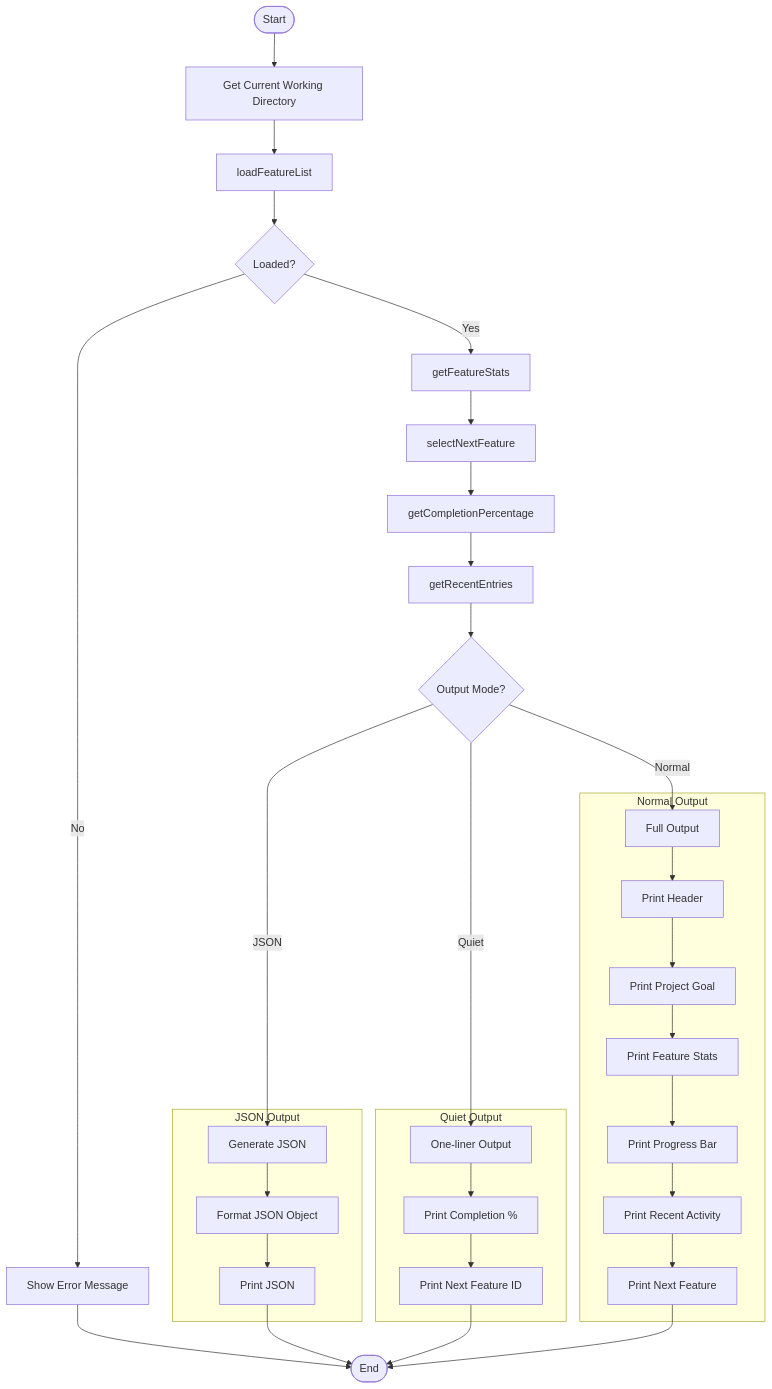
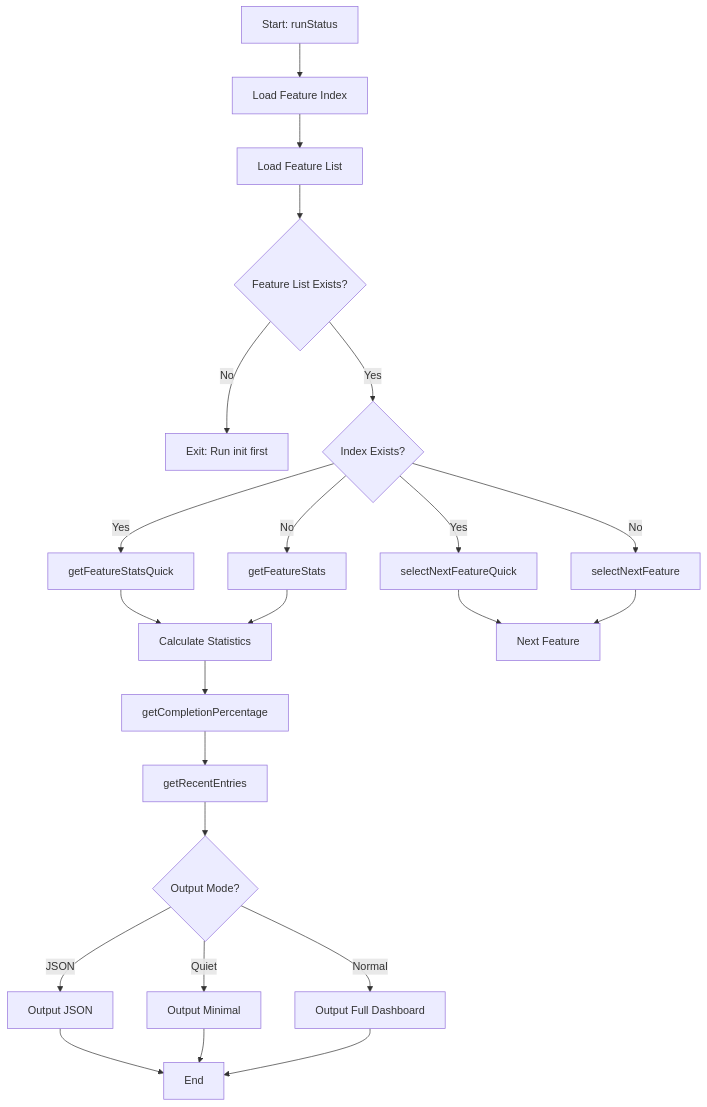
The first of 2 diagrams in docs/commands/status.md (jerejones/agent-foreman), drawn with Mermaid before and after one commit. The commit also changed other lines of this file and 379 other files, not shown here.

````diff
--- a/docs/commands/status.md
+++ b/docs/commands/status.md
@@ -28,43 +24,30 @@
 ```mermaid
 flowchart TD
-    Start([Start]) --> GetCWD[Get Current Working Directory]
-    GetCWD --> LoadFeatures[loadFeatureList]
+    A[Start: runStatus] --> B[Load Feature Index]
+    B --> C[Load Feature List]
+    C --> D{Feature List Exists?}
+    D -->|No| E[Exit: Run init first]
+    D -->|Yes| F{Index Exists?}
 
-    LoadFeatures --> CheckLoaded{Loaded?}
-    CheckLoaded -->|No| ShowError[Show Error Message]
-    ShowError --> End([End])
+    F -->|Yes| G[getFeatureStatsQuick]
+    F -->|No| H[getFeatureStats]
+    G --> I[Calculate Statistics]
+    H --> I
 
-    CheckLoaded -->|Yes| GetStats[getFeatureStats]
-    GetStats --> GetNext[selectNextFeature]
-    GetNext --> GetCompletion[getCompletionPercentage]
-    GetCompletion --> GetRecent[getRecentEntries]
+    F -->|Yes| J[selectNextFeatureQuick]
+    F -->|No| K[selectNextFeature]
+    J --> L[Next Feature]
+    K --> L
 
-    GetRecent --> CheckMode{Output Mode?}
+    I --> M[getCompletionPercentage]
+    M --> N[getRecentEntries]
+    N --> O{Output Mode?}
 
-    CheckMode -->|JSON| OutputJSON[Generate JSON]
-    CheckMode -->|Quiet| OutputQuiet[One-liner Output]
-    CheckMode -->|Normal| OutputNormal[Full Output]
+    O -->|JSON| P[Output JSON]
+    O -->|Quiet| Q[Output Minimal]
+    O -->|Normal| R[Output Full Dashboard]
 
-    subgraph JSONOutput["JSON Output"]
-        OutputJSON --> FormatJSON[Format JSON Object]
-        FormatJSON --> PrintJSON[Print JSON]
-    end
-
-    subgraph QuietOutput["Quiet Output"]
-        OutputQuiet --> PrintPercent[Print Completion %]
-        PrintPercent --> PrintNext[Print Next Feature ID]
-    end
-
-    subgraph NormalOutput["Normal Output"]
-        OutputNormal --> PrintHeader[Print Header]
-        PrintHeader --> PrintGoal[Print Project Goal]
-        PrintGoal --> PrintStats[Print Feature Stats]
-        PrintStats --> PrintProgress[Print Progress Bar]
-        PrintProgress --> PrintActivity[Print Recent Activity]
-        PrintActivity --> PrintNextUp[Print Next Feature]
-    end
-
-    PrintJSON --> End
-    PrintNext --> End
-    PrintNextUp --> End
+    P --> S[End]
+    Q --> S
+    R --> S
 ```
````
